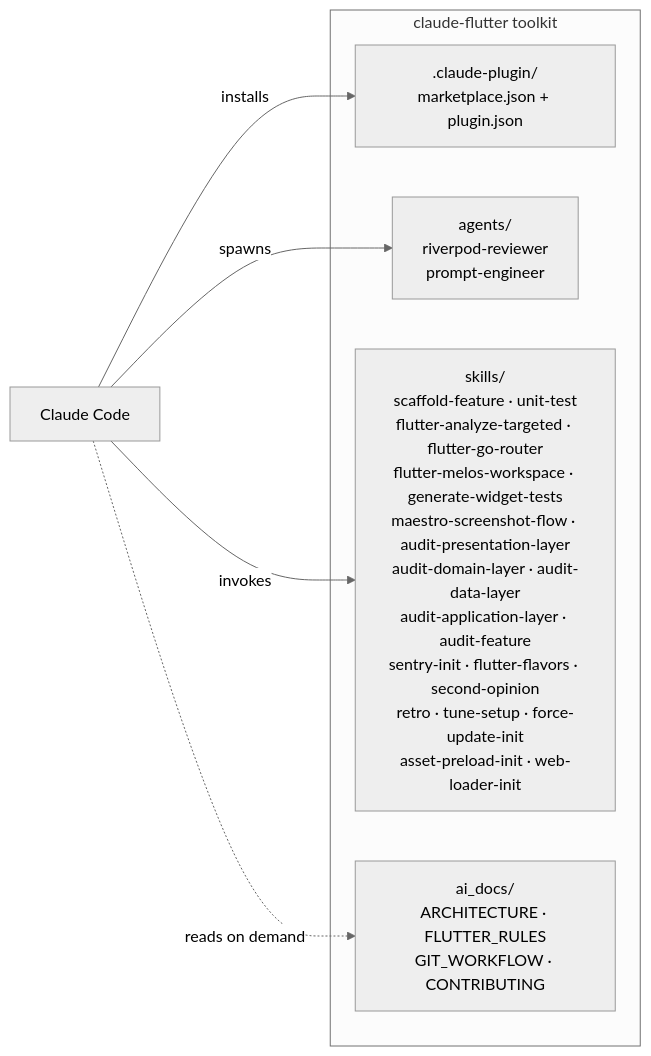
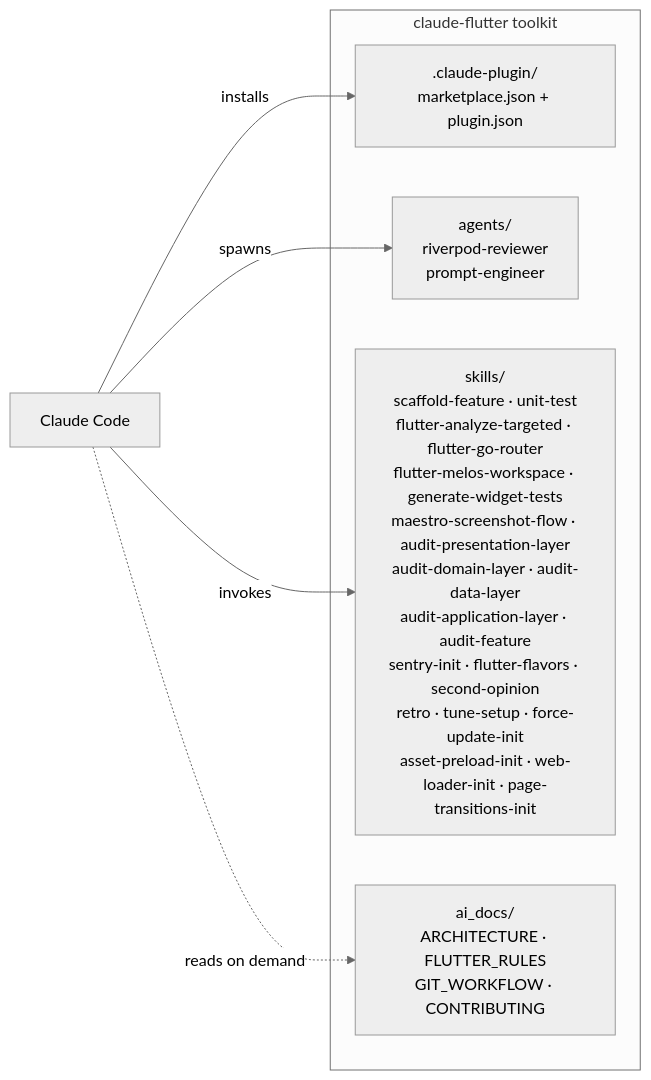
One commit to iamantoniodinuzzo/claude-flutter changed the diagram in ai_docs/ARCHITECTURE.md. Above: the diagram before and after it, drawn with Mermaid (neutral theme). The commit also changed other lines of this file and 9 other files, not shown here.

First line of the commit message:
feat(page-transitions-init): add adaptive PageTransitionsTheme generator skill

````diff
--- a/ai_docs/ARCHITECTURE.md
+++ b/ai_docs/ARCHITECTURE.md
@@ -20,17 +20,17 @@
 ```mermaid
 flowchart LR
     subgraph Repo["claude-flutter toolkit"]
         plugin[".claude-plugin/\nmarketplace.json + plugin.json"]
         agents["agents/\nriverpod-reviewer\nprompt-engineer"]
         skills["skills/\nscaffold-feature · unit-test\nflutter-analyze-targeted · flutter-go-router\nflutter-melos-workspace · generate-widget-tests\nmaestro-screenshot-flow · audit-presentation-layer\naudit-domain-layer · audit-data-layer\naudit-application-layer · audit-feature\nsentry-init · flutter-flavors · second-opinion\nretro · tune-setup · force-update-init
-asset-preload-init · web-loader-init"]
+asset-preload-init · web-loader-init · page-transitions-init"]
         aidocs["ai_docs/\nARCHITECTURE · FLUTTER_RULES\nGIT_WORKFLOW · CONTRIBUTING"]
     end
 
     cc[Claude Code]
 
     cc -->|installs| plugin
     cc -->|invokes| skills
     cc -->|spawns| agents
     cc -.->|reads on demand| aidocs
 ```
````
